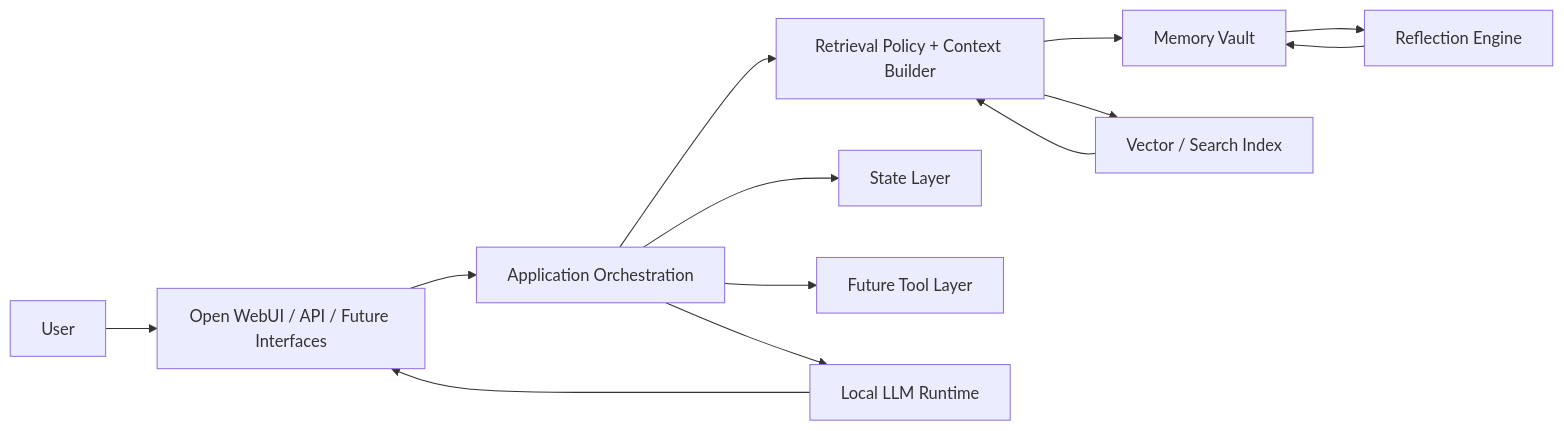
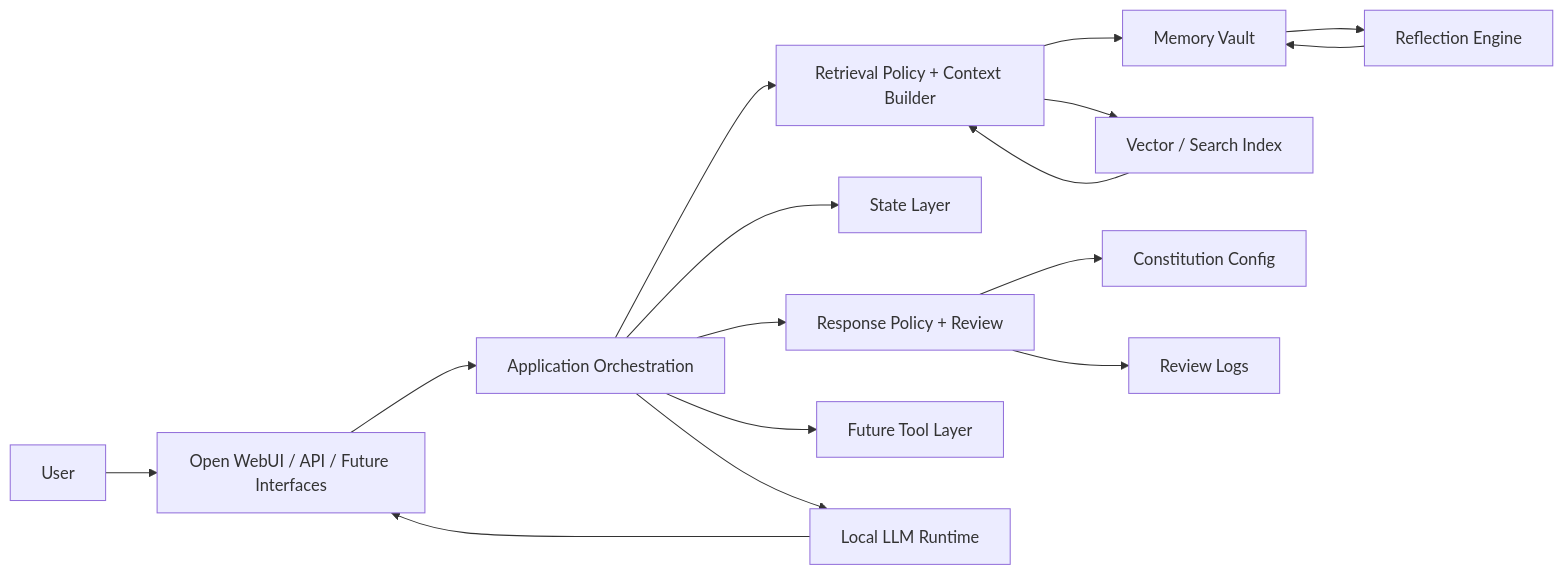
The first of 10 diagrams in docs/Ember2_TDD.md (niansahc/ember-2), drawn with Mermaid before and after one commit. The commit also changed other lines of this file and 3 other files, not shown here.

Commit message:
Add initial ADRs (safety, memory, architecture)

````diff
--- a/docs/Ember2_TDD.md
+++ b/docs/Ember2_TDD.md
@@ -166,15 +181,18 @@
 ```mermaid
 flowchart LR
     U[User] --> UI[Open WebUI / API / Future Interfaces]
     UI --> ORCH[Application Orchestration]
     ORCH --> RET[Retrieval Policy + Context Builder]
     ORCH --> STATE[State Layer]
+    ORCH --> SAFE[Response Policy + Review]
     ORCH --> TOOLS[Future Tool Layer]
     RET --> MEM[Memory Vault]
     RET --> IDX[Vector / Search Index]
     ORCH --> LLM[Local LLM Runtime]
     MEM --> REF[Reflection Engine]
     REF --> MEM
+    SAFE --> CFG[Constitution Config]
+    SAFE --> LOGS[Review Logs]
     IDX --> RET
     LLM --> UI
 ```
````
